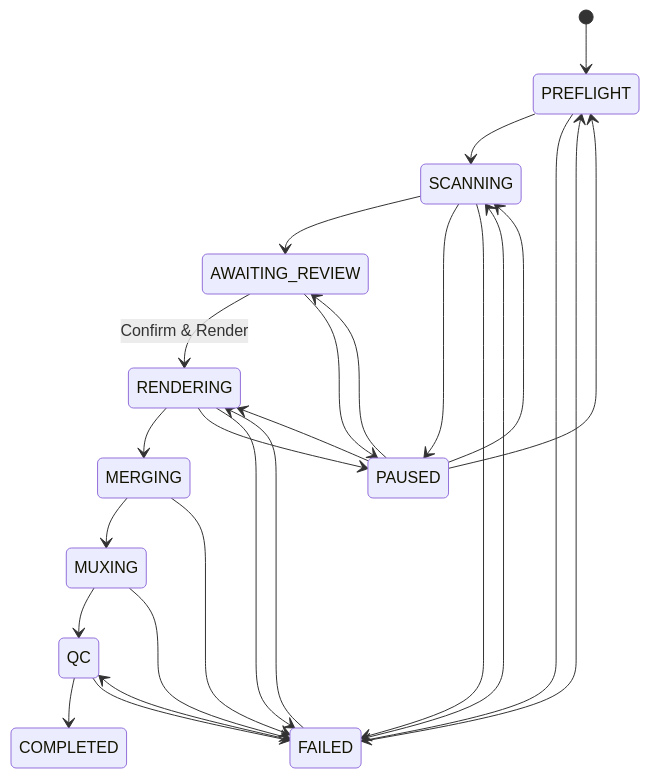
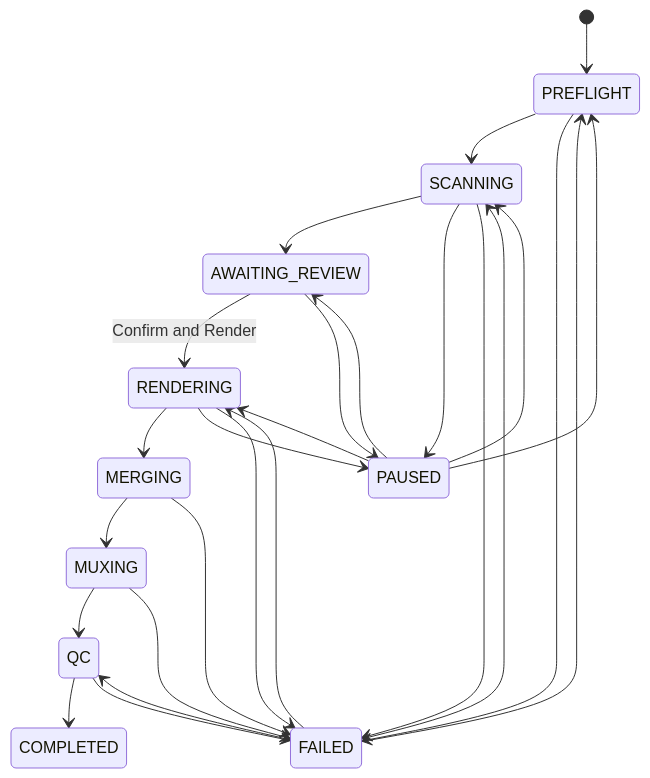
Before and after one commit to Moon2301/Rope: the fourth of 5 diagrams in .ai/FLOWS.md, drawn with Mermaid. The commit also changed other lines of this file and 5 other files, not shown here.

````diff
--- a/.ai/FLOWS.md
+++ b/.ai/FLOWS.md
@@ -120,28 +120,28 @@
 ```mermaid
 stateDiagram-v2
     [*] --> PREFLIGHT
     PREFLIGHT --> SCANNING
     SCANNING --> AWAITING_REVIEW
-    AWAITING_REVIEW --> RENDERING: Confirm & Render
+    AWAITING_REVIEW --> RENDERING: Confirm and Render
     RENDERING --> MERGING
     MERGING --> MUXING
     MUXING --> QC
     QC --> COMPLETED
     PREFLIGHT --> FAILED
     SCANNING --> PAUSED
     SCANNING --> FAILED
     AWAITING_REVIEW --> PAUSED
     RENDERING --> PAUSED
     RENDERING --> FAILED
     MERGING --> FAILED
     MUXING --> FAILED
     QC --> FAILED
     PAUSED --> PREFLIGHT
     PAUSED --> SCANNING
     PAUSED --> AWAITING_REVIEW
     PAUSED --> RENDERING
     FAILED --> PREFLIGHT
     FAILED --> SCANNING
     FAILED --> RENDERING
     FAILED --> QC
 ```
````
